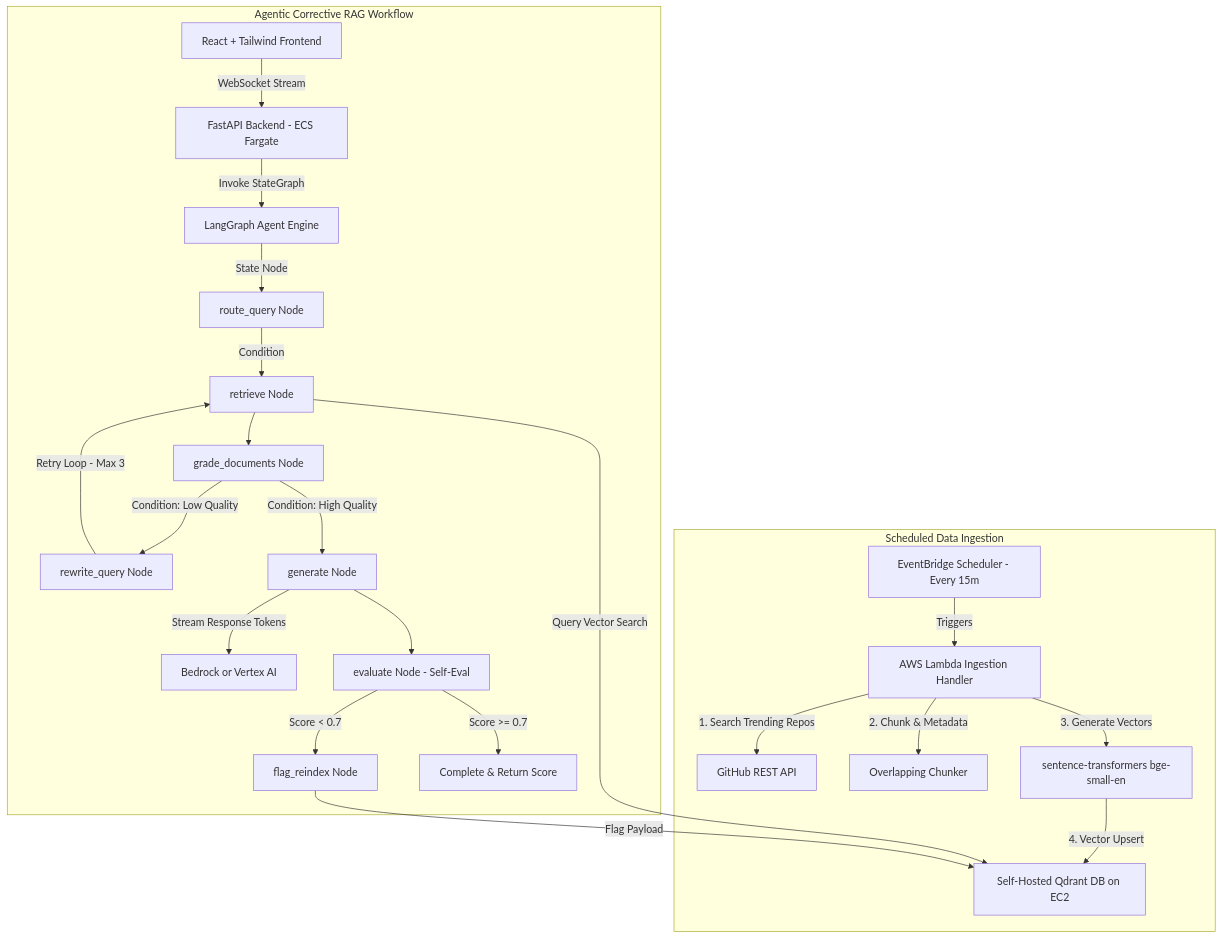
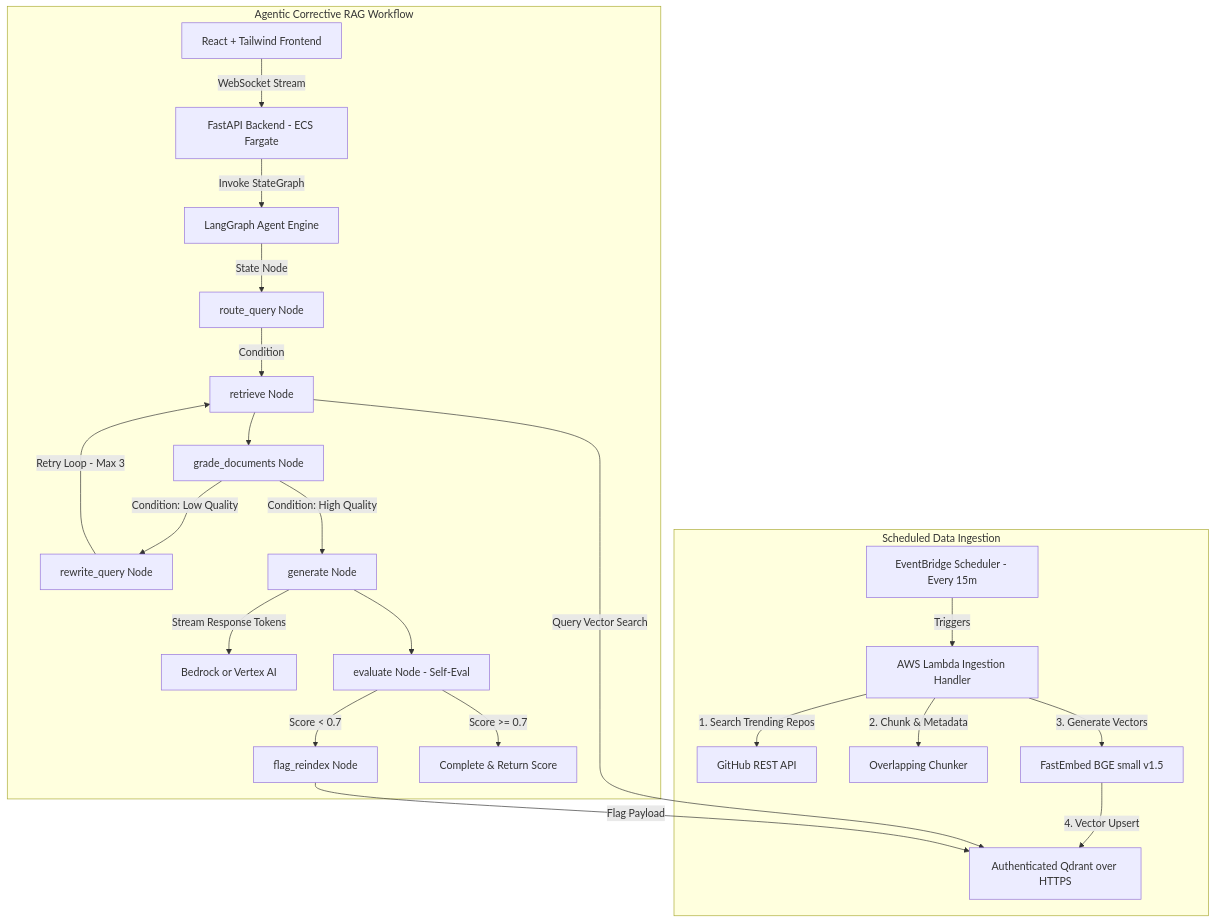
The diagram in docs/architecture.md (varmaleena/-agentic-rag-github-trending), drawn with Mermaid before and after one commit. The commit also changed other lines of this file and 45 other files, not shown here.

````diff
--- a/docs/architecture.md
+++ b/docs/architecture.md
@@ -9,31 +9,31 @@
 ```mermaid
 graph TD
     subgraph Scheduled Data Ingestion
         EB[EventBridge Scheduler - Every 15m] -->|Triggers| L1[AWS Lambda Ingestion Handler]
         L1 -->|1. Search Trending Repos| GH[GitHub REST API]
         L1 -->|2. Chunk & Metadata| CH[Overlapping Chunker]
-        L1 -->|3. Generate Vectors| EMB[sentence-transformers bge-small-en]
-        EMB -->|4. Vector Upsert| QD[Self-Hosted Qdrant DB on EC2]
+        L1 -->|3. Generate Vectors| EMB[FastEmbed BGE small v1.5]
+        EMB -->|4. Vector Upsert| QD[Authenticated Qdrant over HTTPS]
     end
 
     subgraph Agentic Corrective RAG Workflow
         UI[React + Tailwind Frontend] -->|WebSocket Stream| API[FastAPI Backend - ECS Fargate]
         API -->|Invoke StateGraph| LG[LangGraph Agent Engine]
         
         LG -->|State Node| RN[route_query Node]
         RN -->|Condition| RET[retrieve Node]
         RET -->|Query Vector Search| QD
         
         RET --> GD[grade_documents Node]
         GD -->|Condition: Low Quality| RW[rewrite_query Node]
         RW -->|Retry Loop - Max 3| RET
         
         GD -->|Condition: High Quality| GEN[generate Node]
         GEN -->|Stream Response Tokens| BDR[Bedrock or Vertex AI]
         GEN --> EVAL[evaluate Node - Self-Eval]
         
         EVAL -->|Score < 0.7| FLG[flag_reindex Node]
         FLG -->|Flag Payload| QD
         EVAL -->|Score >= 0.7| END[Complete & Return Score]
     end
 ```
````
